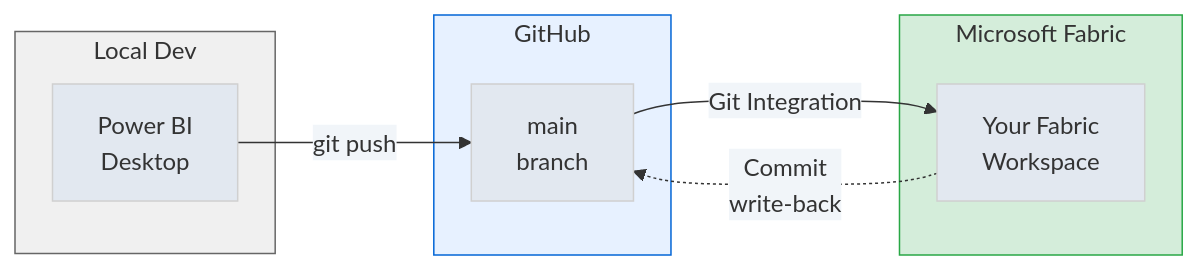
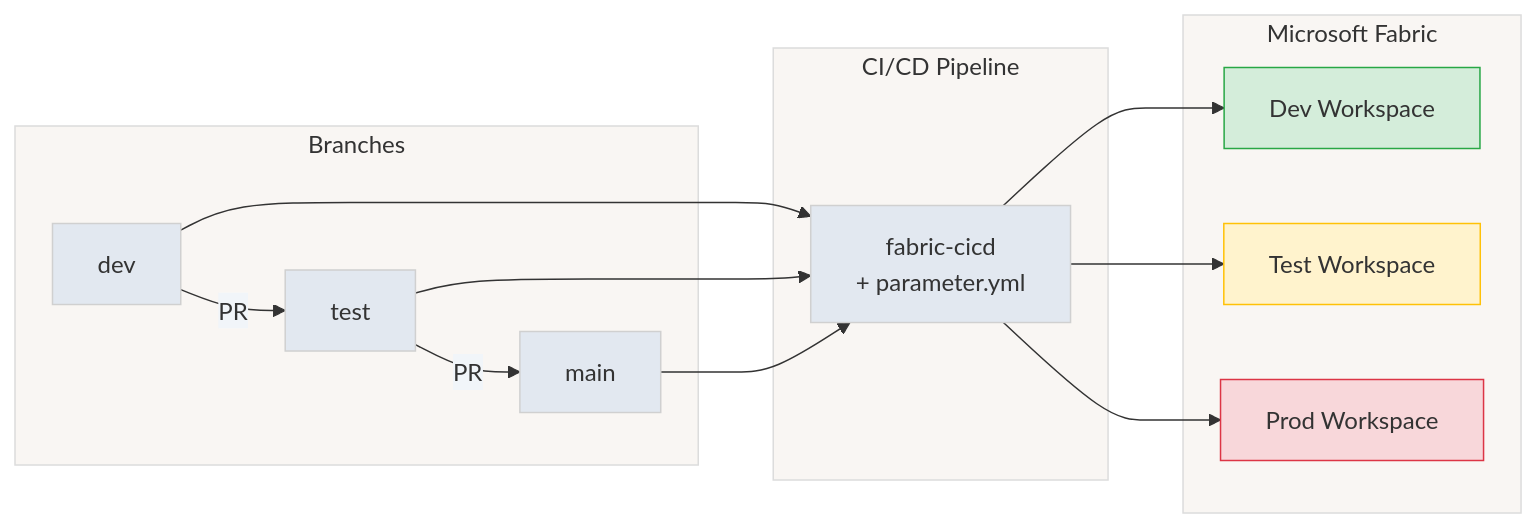
One commit to samueltauil/powerbi-git-demo changed the ninth of 9 diagrams in README.md. Above: the diagram before and after it, drawn with Mermaid. The commit also changed other lines of this file and 7 other files, not shown here.

Commit message:
feat: add CI/CD deployment scripts and documentation for Fabric integration

````diff
--- a/README.md
+++ b/README.md
@@ -382,23 +389,25 @@
 ```mermaid
 %%{init: {'theme':'base', 'themeVariables': {'lineColor':'#333333','primaryTextColor':'#333','secondaryTextColor':'#333','tertiaryTextColor':'#333','primaryColor':'#e2e8f0','secondaryColor':'#f1f5f9'}}}%%
 flowchart LR
-    subgraph local ["Local Dev"]
-        PBI["Power BI<br/>Desktop"]
+    subgraph branches ["Branches"]
+        DEV["dev"] -->|PR| TEST["test"] -->|PR| MAIN["main"]
     end
 
-    subgraph git ["GitHub"]
-        MB["main<br/>branch"]
+    subgraph pipeline ["CI/CD Pipeline"]
+        P["fabric-cicd<br/>+ parameter.yml"]
     end
 
     subgraph fabric ["Microsoft Fabric"]
-        FW["Your Fabric<br/>Workspace"]
+        DW["Dev Workspace"]
+        TW["Test Workspace"]
+        PW["Prod Workspace"]
     end
 
-    PBI -->|"git push"| MB
-    MB -->|"Git Integration"| FW
-    FW -.->|"Commit<br/>write-back"| MB
+    DEV  --> P --> DW
+    TEST --> P --> TW
+    MAIN --> P --> PW
 
-    style local fill:#f0f0f0,stroke:#666,color:#333
-    style git fill:#e7f1ff,stroke:#0366d6,color:#333
-    style fabric fill:#d4edda,stroke:#28a745,color:#333
+    style DW fill:#d4edda,stroke:#28a745
+    style TW fill:#fff3cd,stroke:#ffc107
+    style PW fill:#f8d7da,stroke:#dc3545
 ```
````
